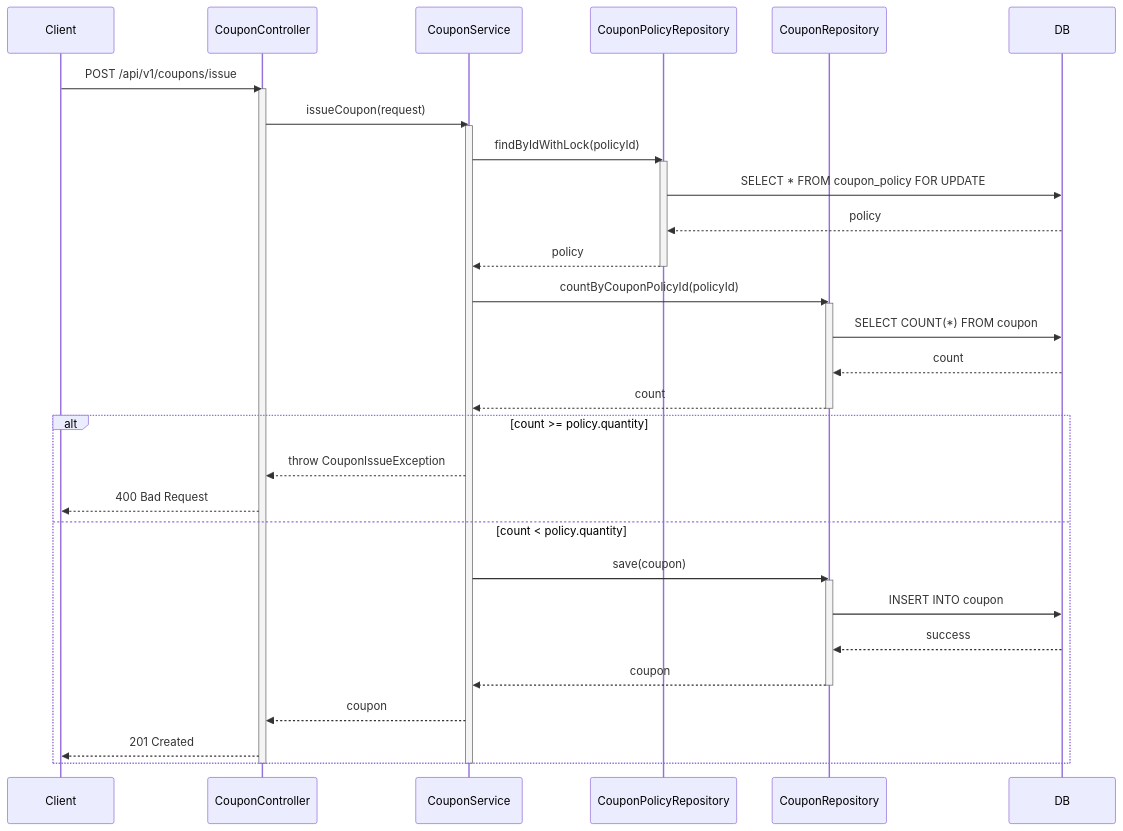
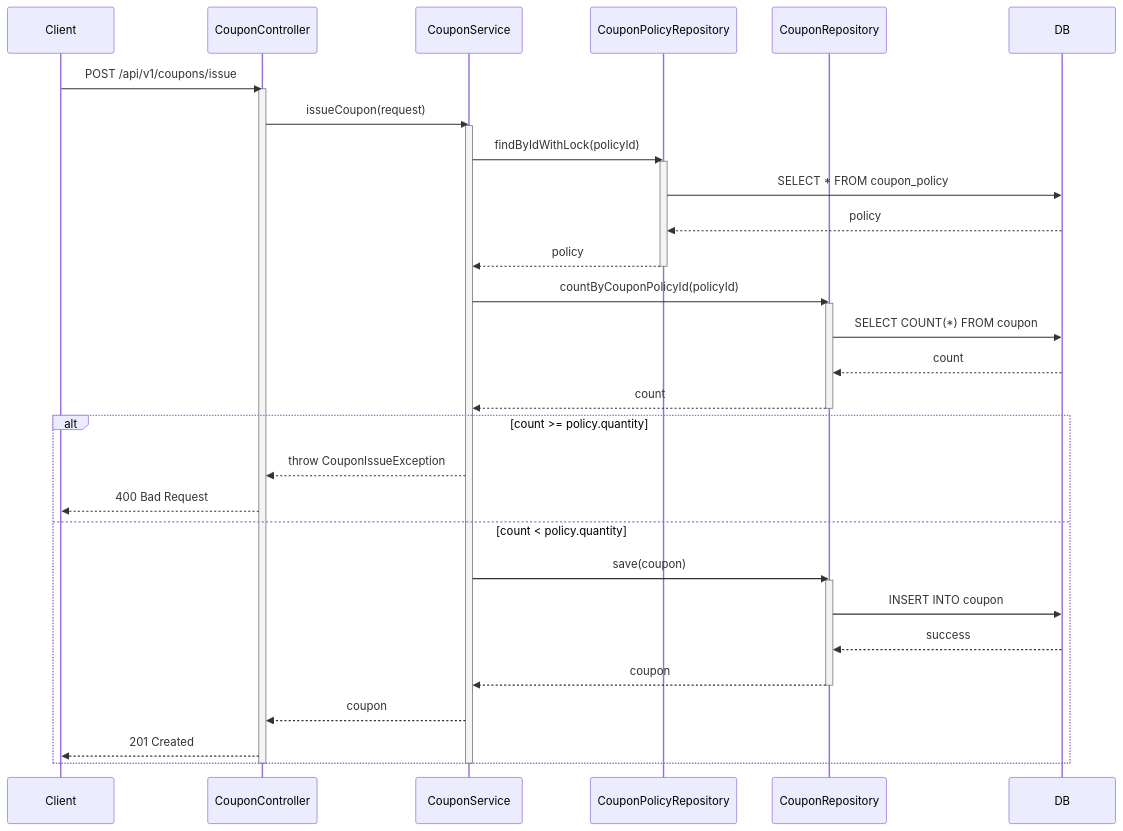
One commit to dobby-teacher/fastcampus-promotion-project changed the first of 3 diagrams in PROJECT-PROMOTION/docs/P03/CH05_01. 버전별 구현 분석 및 jmeter 테스트 성능 비교.md. Above: the diagram before and after it, drawn with Mermaid.

Commit message:
Update CH05_01. 버전별 구현 분석 및 jmeter 테스트 성능 비교.md

````diff
--- a/PROJECT-PROMOTION/docs/P03/CH05_01. 버전별 구현 분석 및 jmeter 테스트 성능 비교.md
+++ b/PROJECT-PROMOTION/docs/P03/CH05_01. 버전별 구현 분석 및 jmeter 테스트 성능 비교.md
@@ -13,45 +13,45 @@
 ```mermaid
 sequenceDiagram
     participant Client
     participant CouponController
     participant CouponService
     participant CouponPolicyRepository
     participant CouponRepository
     participant DB
 
     Client->>CouponController: POST /api/v1/coupons/issue
     activate CouponController
     CouponController->>CouponService: issueCoupon(request)
     activate CouponService
     
     CouponService->>CouponPolicyRepository: findByIdWithLock(policyId)
     activate CouponPolicyRepository
-    CouponPolicyRepository->>DB: SELECT * FROM coupon_policy FOR UPDATE
+    CouponPolicyRepository->>DB: SELECT * FROM coupon_policy
     DB-->>CouponPolicyRepository: policy
     CouponPolicyRepository-->>CouponService: policy
     deactivate CouponPolicyRepository
     
     CouponService->>CouponRepository: countByCouponPolicyId(policyId)
     activate CouponRepository
     CouponRepository->>DB: SELECT COUNT(*) FROM coupon
     DB-->>CouponRepository: count
     CouponRepository-->>CouponService: count
     deactivate CouponRepository
     
     alt count >= policy.quantity
         CouponService-->>CouponController: throw CouponIssueException
         CouponController-->>Client: 400 Bad Request
     else count < policy.quantity
         CouponService->>CouponRepository: save(coupon)
         activate CouponRepository
         CouponRepository->>DB: INSERT INTO coupon
         DB-->>CouponRepository: success
         CouponRepository-->>CouponService: coupon
         deactivate CouponRepository
         CouponService-->>CouponController: coupon
         CouponController-->>Client: 201 Created
     end
     
     deactivate CouponService
     deactivate CouponController
 ```
````
